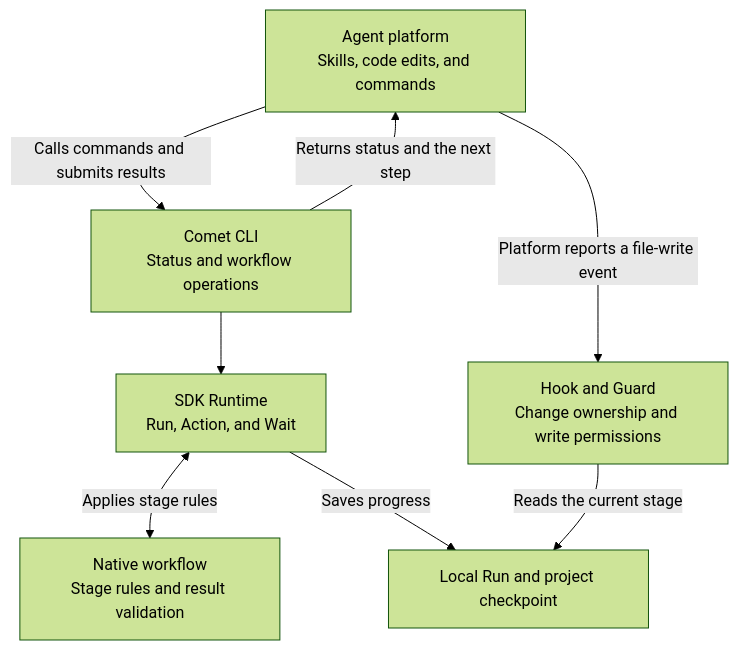
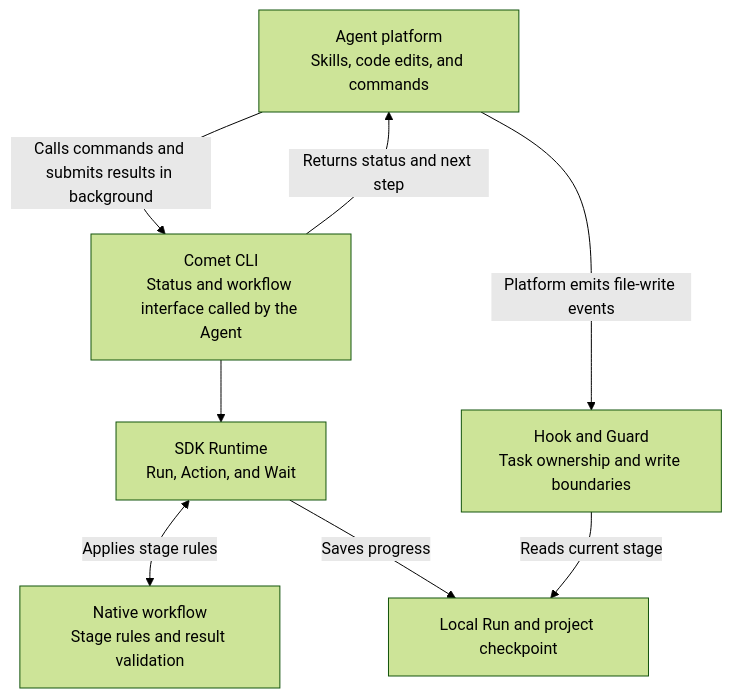
The diagram in en/native/runtime.mdx (rpamis/comet-website-docs), drawn with Mermaid (forest theme) before and after one commit. The commit also changed other lines of this file and 88 other files, not shown here.

````diff
--- a/en/native/runtime.mdx
+++ b/en/native/runtime.mdx
@@ -8,16 +8,16 @@
 ```mermaid
 flowchart TD
   Agent["Agent platform<br/>Skills, code edits, and commands"]
-  CLI["Comet CLI<br/>Status and workflow operations"]
+  CLI["Comet CLI<br/>Status and workflow interface called by the Agent"]
   Runtime["SDK Runtime<br/>Run, Action, and Wait"]
   Native["Native workflow<br/>Stage rules and result validation"]
   State["Local Run and project checkpoint"]
-  Guard["Hook and Guard<br/>Change ownership and write permissions"]
-  Agent -->|"Calls commands and submits results"| CLI
-  CLI -->|"Returns status and the next step"| Agent
+  Guard["Hook and Guard<br/>Task ownership and write boundaries"]
+  Agent -->|"Calls commands and submits results in background"| CLI
+  CLI -->|"Returns status and next step"| Agent
   CLI --> Runtime
   Runtime <-->|"Applies stage rules"| Native
   Runtime -->|"Saves progress"| State
-  Agent -->|"Platform reports a file-write event"| Guard
-  Guard -->|"Reads the current stage"| State
+  Agent -->|"Platform emits file-write events"| Guard
+  Guard -->|"Reads current stage"| State
 ```
````
